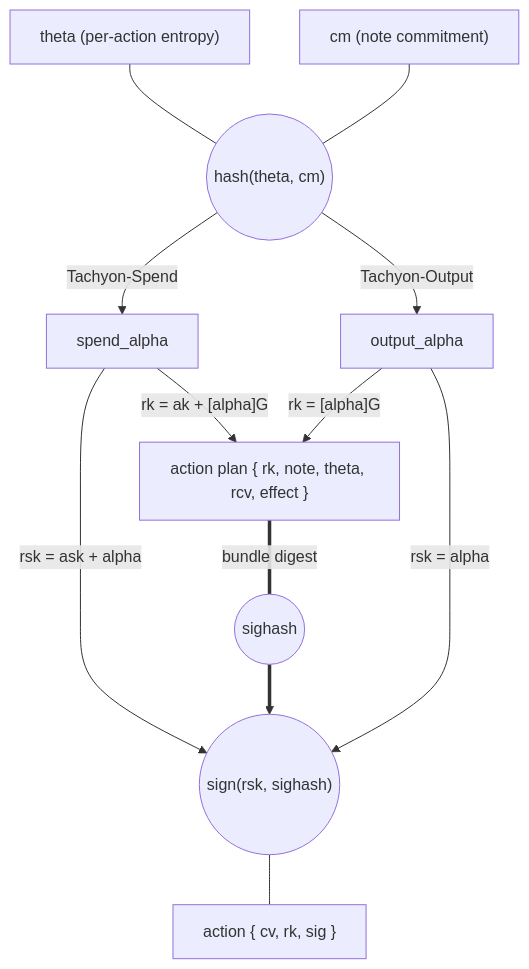
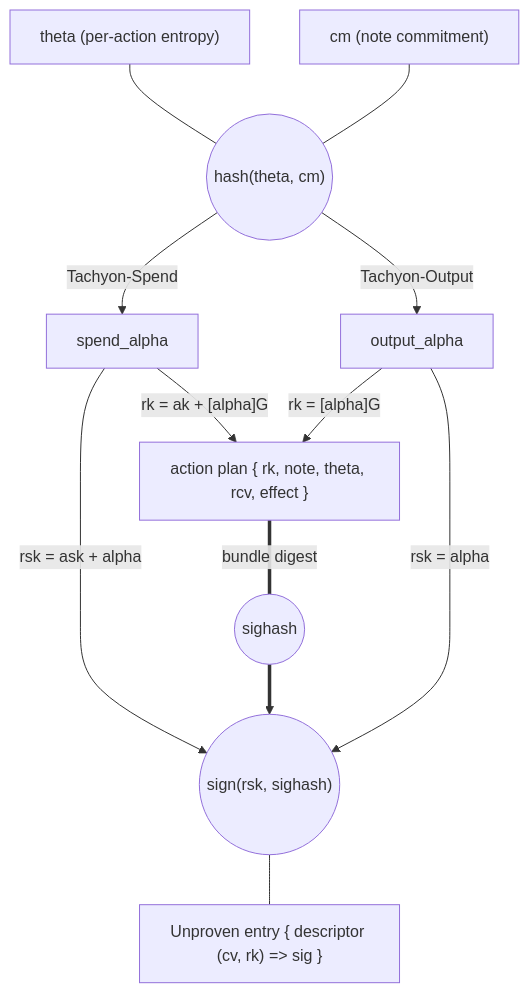
Before and after one commit to tachyon-zcash/tachyon: the first of 3 diagrams in book/src/authorization.md, drawn with Mermaid. The commit also changed other lines of this file and 6 other files, not shown here.

````diff
--- a/book/src/authorization.md
+++ b/book/src/authorization.md
@@ -12,24 +12,24 @@
 ```mermaid
 flowchart TB
     theta["theta (per-action entropy)"]
     cm["cm (note commitment)"]
     hash(("hash(theta, cm)"))
 
     theta & cm --- hash
 
     hash -->|"Tachyon-Spend"| spend_alpha
     hash -->|"Tachyon-Output"| output_alpha
 
     spend_alpha -->|"rk = ak + [alpha]G"| plan
     output_alpha -->|"rk = [alpha]G"| plan
 
     plan["action plan { rk, note, theta, rcv, effect }"]
     plan ===|"bundle digest"| sighash((sighash))
 
     spend_alpha -->|"rsk = ask + alpha"| sign
     sighash ==> sign
     output_alpha -->|"rsk = alpha"| sign
 
     sign(("sign(rsk, sighash)"))
-    sign --- action["action { cv, rk, sig }"]
+    sign --- action["Unproven entry { descriptor (cv, rk) => sig }"]
 ```
````
